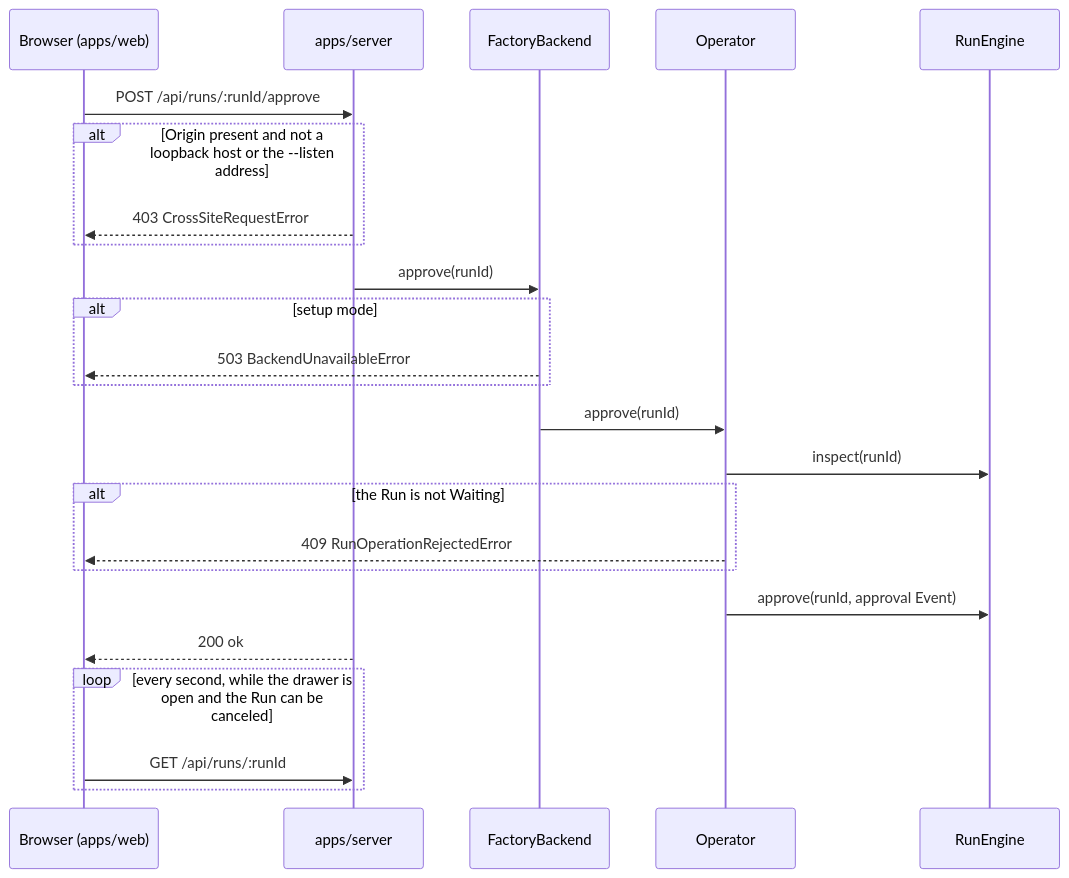
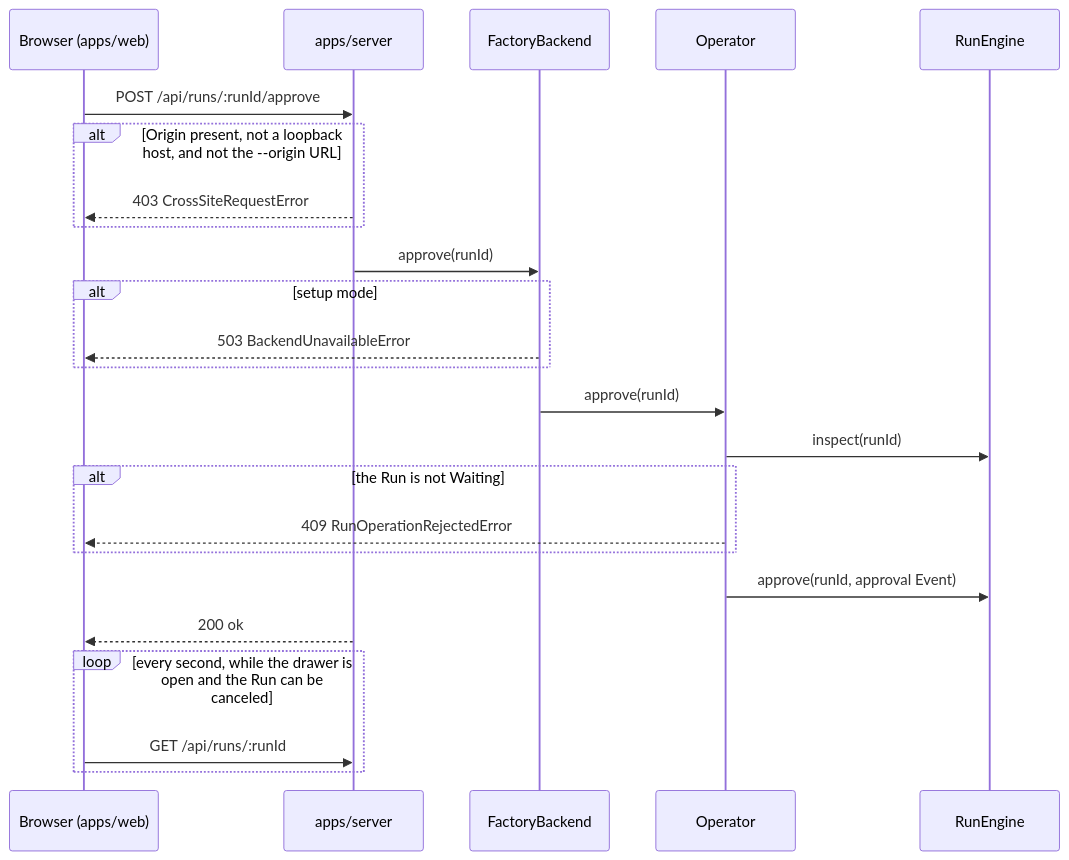
One commit to basaltbytes/usine changed the diagram in apps/docs/src/content/docs/architecture/operator-surfaces.mdx. Above: the diagram before and after it, drawn with Mermaid. The commit also changed other lines of this file and 17 other files, not shown here.

````diff
--- a/apps/docs/src/content/docs/architecture/operator-surfaces.mdx
+++ b/apps/docs/src/content/docs/architecture/operator-surfaces.mdx
@@ -20,26 +20,26 @@
 ```mermaid
 sequenceDiagram
   participant B as Browser (apps/web)
   participant S as apps/server
   participant F as FactoryBackend
   participant O as Operator
   participant E as RunEngine
   B->>S: POST /api/runs/:runId/approve
-  alt Origin present and not a loopback host or the --listen address
+  alt Origin present, not a loopback host, and not the --origin URL
     S-->>B: 403 CrossSiteRequestError
   end
   S->>F: approve(runId)
   alt setup mode
     F-->>B: 503 BackendUnavailableError
   end
   F->>O: approve(runId)
   O->>E: inspect(runId)
   alt the Run is not Waiting
     O-->>B: 409 RunOperationRejectedError
   end
   O->>E: approve(runId, approval Event)
   S-->>B: 200 ok
   loop every second, while the drawer is open and the Run can be canceled
     B->>S: GET /api/runs/:runId
   end
 ```
````
